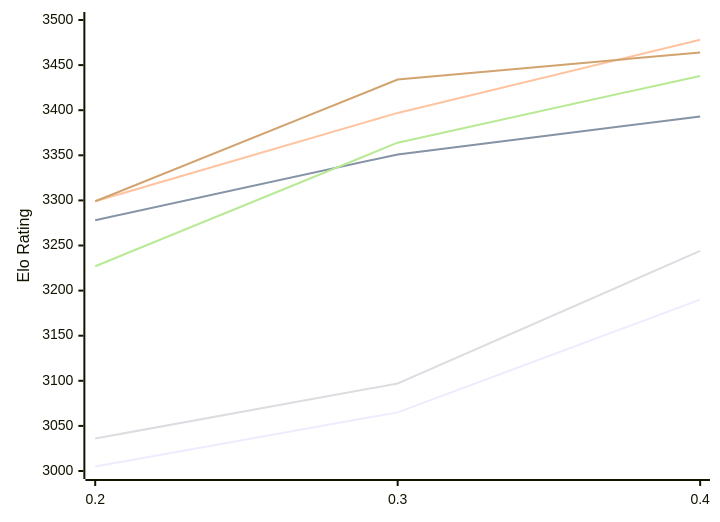
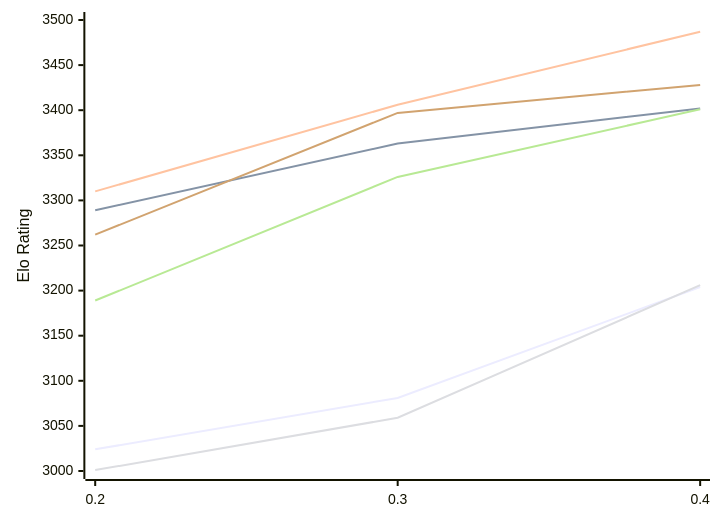
Before and after one commit to computer-chess-index/cci: the diagram in engines/StockDory.md, drawn with Mermaid. The commit also changed other lines of this file, not shown here.

Commit message:
Update CCI Ratings (ELO VLTC) - 2026-11-14

````diff
--- a/engines/StockDory.md
+++ b/engines/StockDory.md
@@ -51,12 +51,12 @@
 ```mermaid
 %%{init: {"theme":"base","themeVariables":{"seriesColors:['#a3a3a3','#222221','#faa371']}}}%%
 xychart-beta
   x-axis ["0.2", "0.3", "0.4"]
   y-axis "Elo Rating" 3000 --> 3500
-  line "E1: STC (8.0+0.08s)" [3005, 3065, 3190]
-  line "E1: LTC (60.0+0.60s)" [3278, 3351, 3393]
-  line "E1: VLTC (2m24s+1.12s)" [3299, 3397, 3478]
-  line "P1: STC (8.0+0.08s)" [3036, 3097, 3244]
-  line "P1: LTC (60.0+0.60s)" [3227, 3364, 3438]
-  line "P1: VLTC (2m24s+1.12s)" [3299, 3434, 3464]
+  line "E1: STC (8.0+0.08s)" [3024, 3081, 3204]
+  line "E1: LTC (60.0+0.60s)" [3289, 3363, 3402]
+  line "E1: VLTC (2m24s+1.12s)" [3310, 3406, 3487]
+  line "P1: STC (8.0+0.08s)" [3001, 3059, 3206]
+  line "P1: LTC (60.0+0.60s)" [3189, 3326, 3401]
+  line "P1: VLTC (2m24s+1.12s)" [3262, 3397, 3428]
 ```
````
